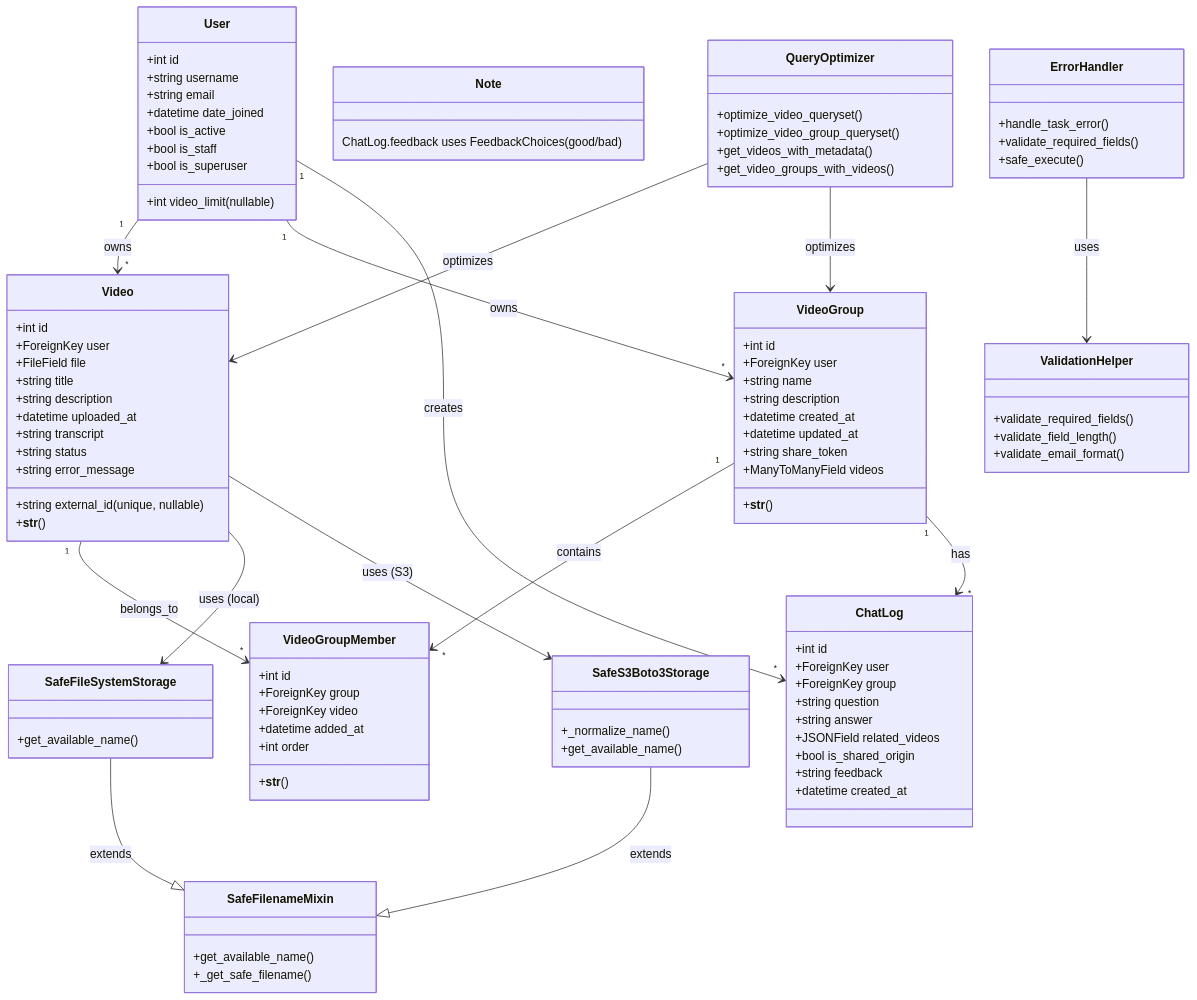
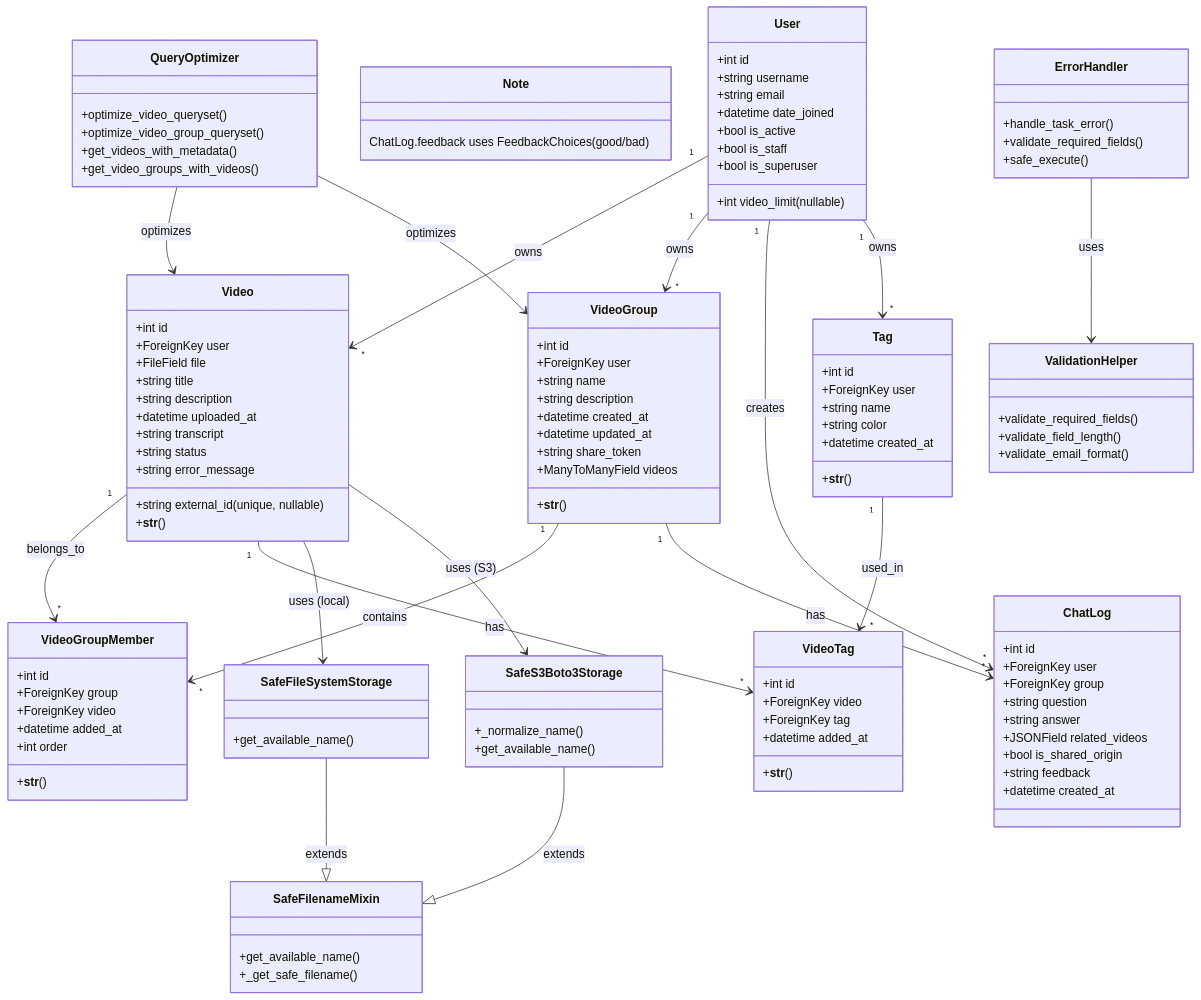
Before and after one commit to yukiharada1228/videoq: the first of 3 diagrams in docs/design/class-diagram.md, drawn with Mermaid. The commit also changed other lines of this file and 11 other files, not shown here.

```diff
--- a/docs/design/class-diagram.md
+++ b/docs/design/class-diagram.md
@@ -65,8 +65,25 @@
         +string feedback
         +datetime created_at
     }
-    
+
     Note: ChatLog.feedback uses FeedbackChoices (good/bad)
+
+    class Tag {
+        +int id
+        +ForeignKey user
+        +string name
+        +string color
+        +datetime created_at
+        +__str__()
+    }
+
+    class VideoTag {
+        +int id
+        +ForeignKey video
+        +ForeignKey tag
+        +datetime added_at
+        +__str__()
+    }
     
     class SafeFilenameMixin {
         +get_available_name()
@@ -85,8 +102,11 @@
     User "1" --> "*" Video : owns
     User "1" --> "*" VideoGroup : owns
     User "1" --> "*" ChatLog : creates
+    User "1" --> "*" Tag : owns
     VideoGroup "1" --> "*" VideoGroupMember : contains
     Video "1" --> "*" VideoGroupMember : belongs_to
+    Video "1" --> "*" VideoTag : has
+    Tag "1" --> "*" VideoTag : used_in
     VideoGroup "1" --> "*" ChatLog : has
     SafeFileSystemStorage --|> SafeFilenameMixin : extends
     SafeS3Boto3Storage --|> SafeFilenameMixin : extends
```
